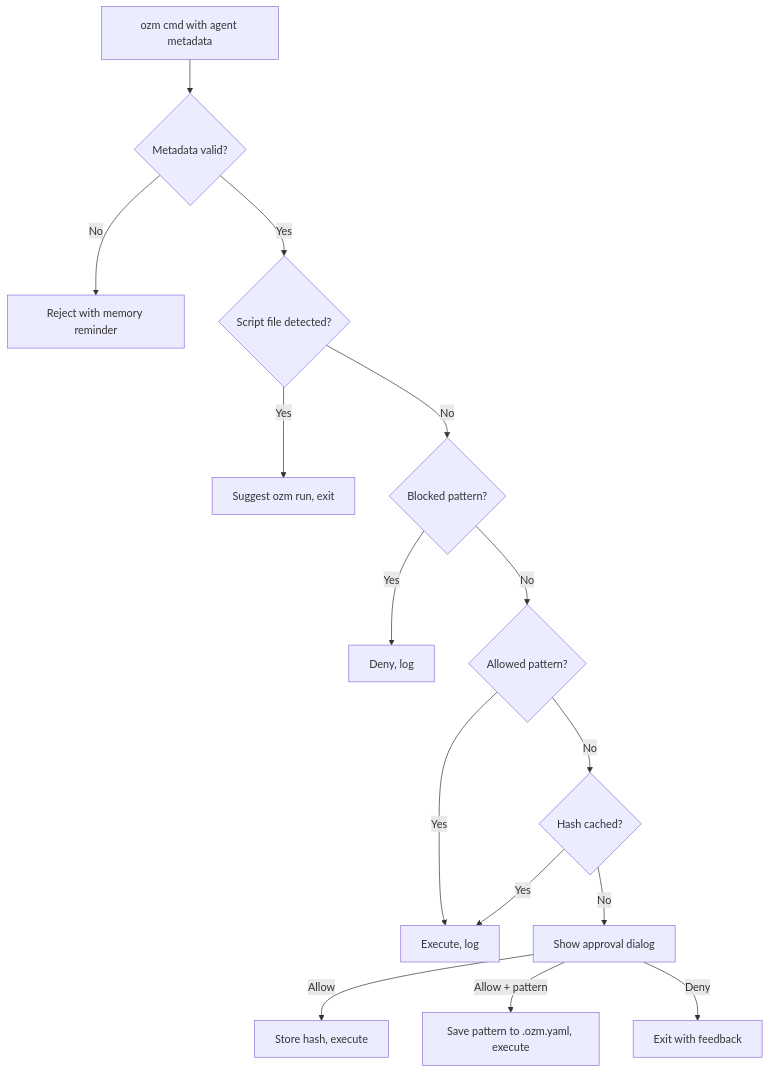
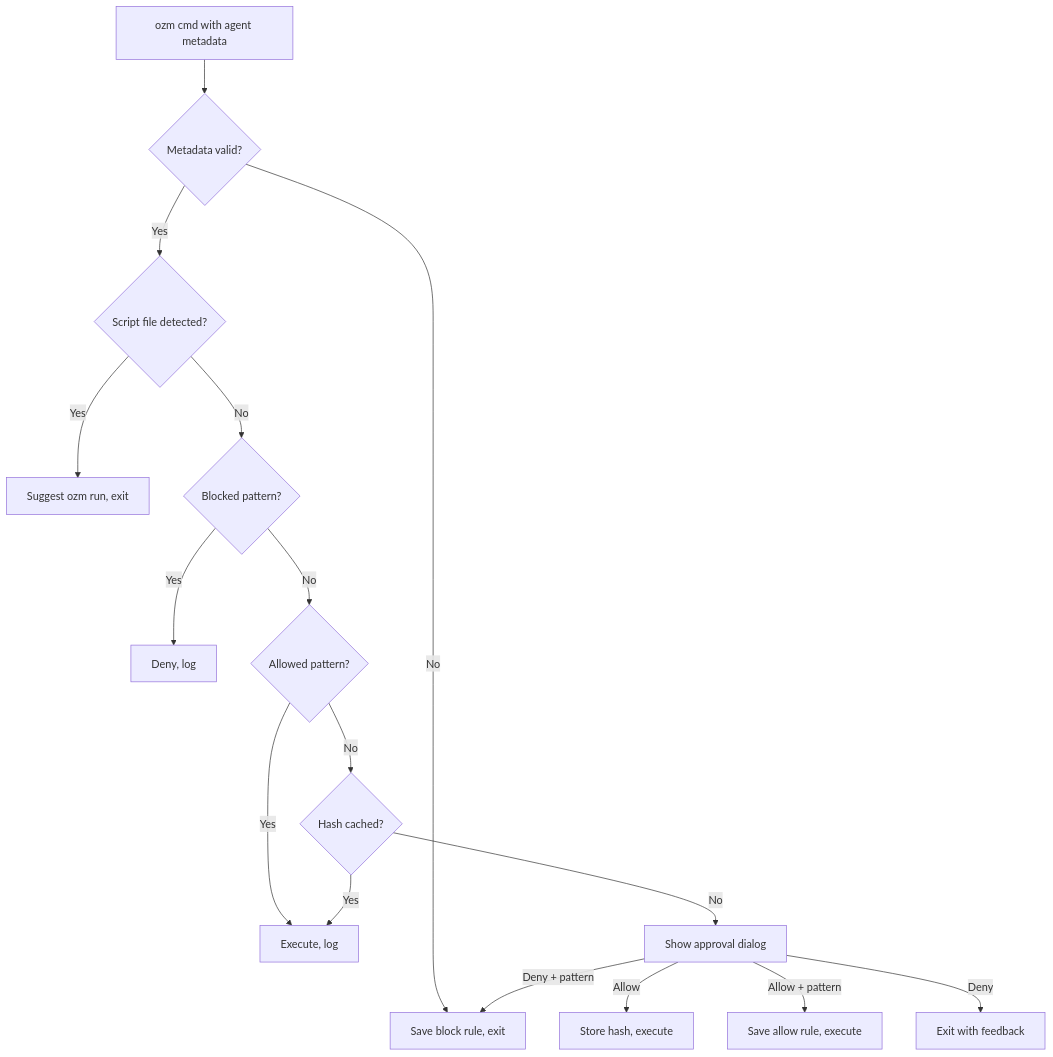
The second of 2 diagrams in docs/commands.md (kamyar/ozm), drawn with Mermaid before and after one commit. The commit also changed other lines of this file and 7 other files, not shown here.

````diff
--- a/docs/commands.md
+++ b/docs/commands.md
@@ -104,17 +104,18 @@
 ```mermaid
 flowchart TD
     A[ozm cmd with agent metadata] --> Z{Metadata valid?}
     Z -->|No| M[Reject with memory reminder]
     Z -->|Yes| B{Script file detected?}
     B -->|Yes| C[Suggest ozm run, exit]
     B -->|No| D{Blocked pattern?}
     D -->|Yes| E[Deny, log]
     D -->|No| F{Allowed pattern?}
     F -->|Yes| G[Execute, log]
     F -->|No| H{Hash cached?}
     H -->|Yes| G
     H -->|No| I[Show approval dialog]
     I -->|Allow| J[Store hash, execute]
-    I -->|Allow + pattern| K[Save pattern to .ozm.yaml, execute]
+    I -->|Allow + pattern| K[Save allow rule, execute]
+    I -->|Deny + pattern| M[Save block rule, exit]
     I -->|Deny| L[Exit with feedback]
 ```
````
